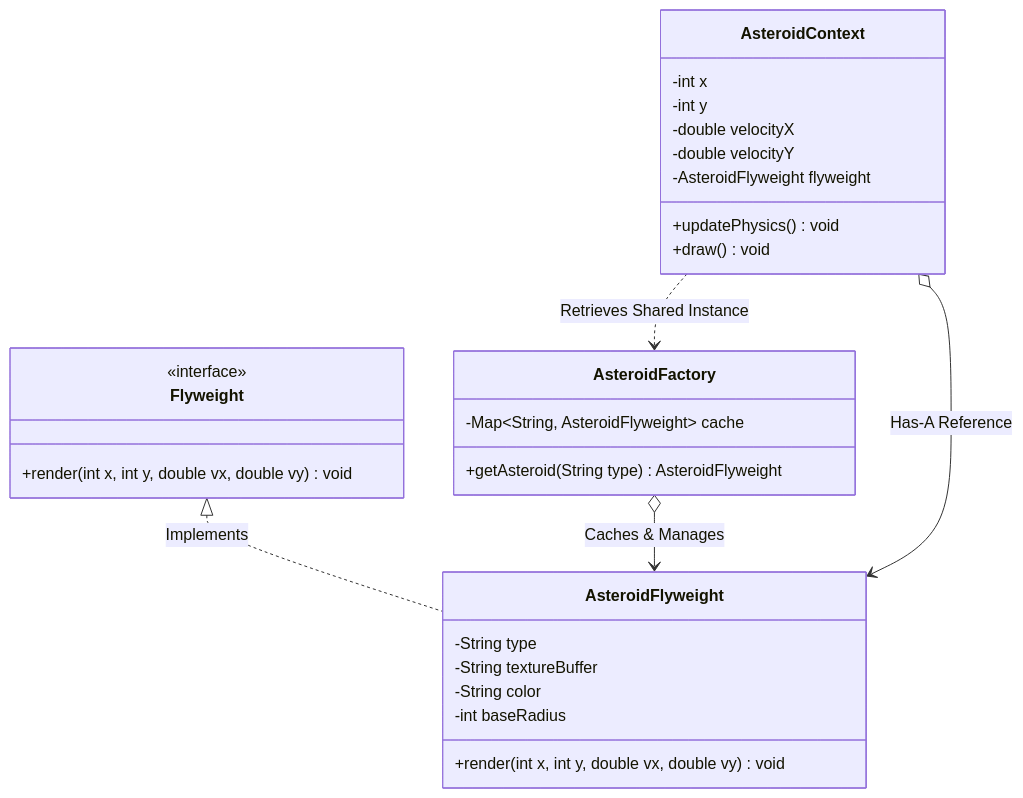
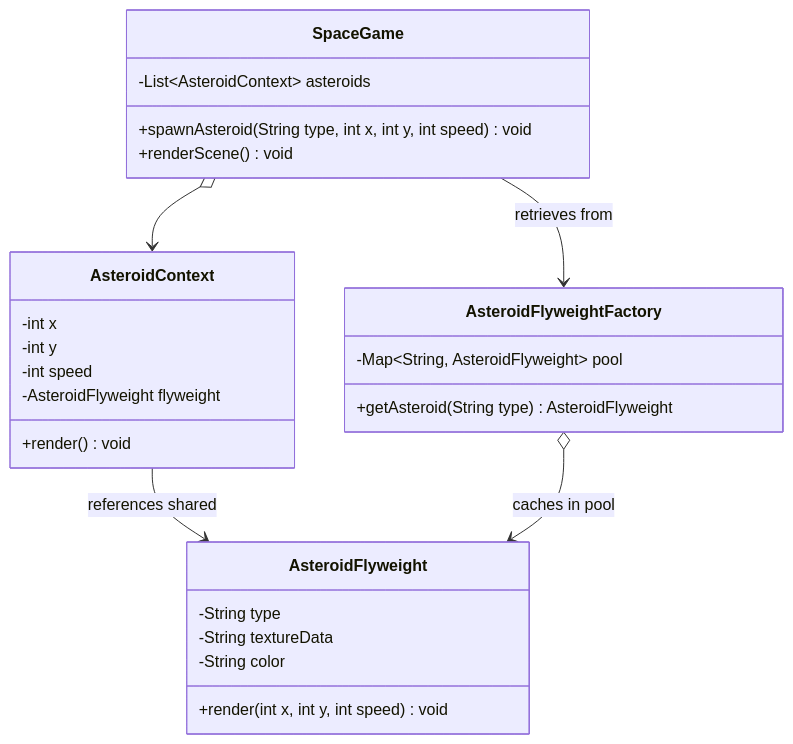
The diagram in 04-OOPs-and-Design-Patterns/03-Design-Patterns/30-Flyweight-Design-Pattern.md (rohithgowda18/Notes), drawn with Mermaid before and after one commit. The commit also changed other lines of this file and 39 other files, not shown here.

````diff
--- a/04-OOPs-and-Design-Patterns/03-Design-Patterns/30-Flyweight-Design-Pattern.md
+++ b/04-OOPs-and-Design-Patterns/03-Design-Patterns/30-Flyweight-Design-Pattern.md
@@ -57,35 +72,33 @@
 ```mermaid
 classDiagram
-    class Flyweight {
-        <<interface>>
-        +render(int x, int y, double vx, double vy) void
+    class AsteroidFlyweight {
+        -String type
+        -String textureData
+        -String color
+        +render(int x, int y, int speed) void
     }
 
-    class AsteroidFlyweight {
-        -String type
-        -String textureBuffer
-        -String color
-        -int baseRadius
-        +render(int x, int y, double vx, double vy) void
-    }
-
-    class AsteroidFactory {
-        -Map~String, AsteroidFlyweight~ cache
+    class AsteroidFlyweightFactory {
+        -Map~String, AsteroidFlyweight~ pool
         +getAsteroid(String type) AsteroidFlyweight
     }
 
     class AsteroidContext {
         -int x
         -int y
-        -double velocityX
-        -double velocityY
+        -int speed
         -AsteroidFlyweight flyweight
-        +updatePhysics() void
-        +draw() void
+        +render() void
     }
 
-    Flyweight <|.. AsteroidFlyweight : Implements
-    AsteroidFactory o--> AsteroidFlyweight : Caches & Manages
-    AsteroidContext o--> AsteroidFlyweight : Has-A Reference
-    AsteroidContext ..> AsteroidFactory : Retrieves Shared Instance
+    class SpaceGame {
+        -List~AsteroidContext~ asteroids
+        +spawnAsteroid(String type, int x, int y, int speed) void
+        +renderScene() void
+    }
+
+    SpaceGame o--> AsteroidContext
+    AsteroidContext --> AsteroidFlyweight : references shared
+    AsteroidFlyweightFactory o--> AsteroidFlyweight : caches in pool
+    SpaceGame --> AsteroidFlyweightFactory : retrieves from
 ```
````
